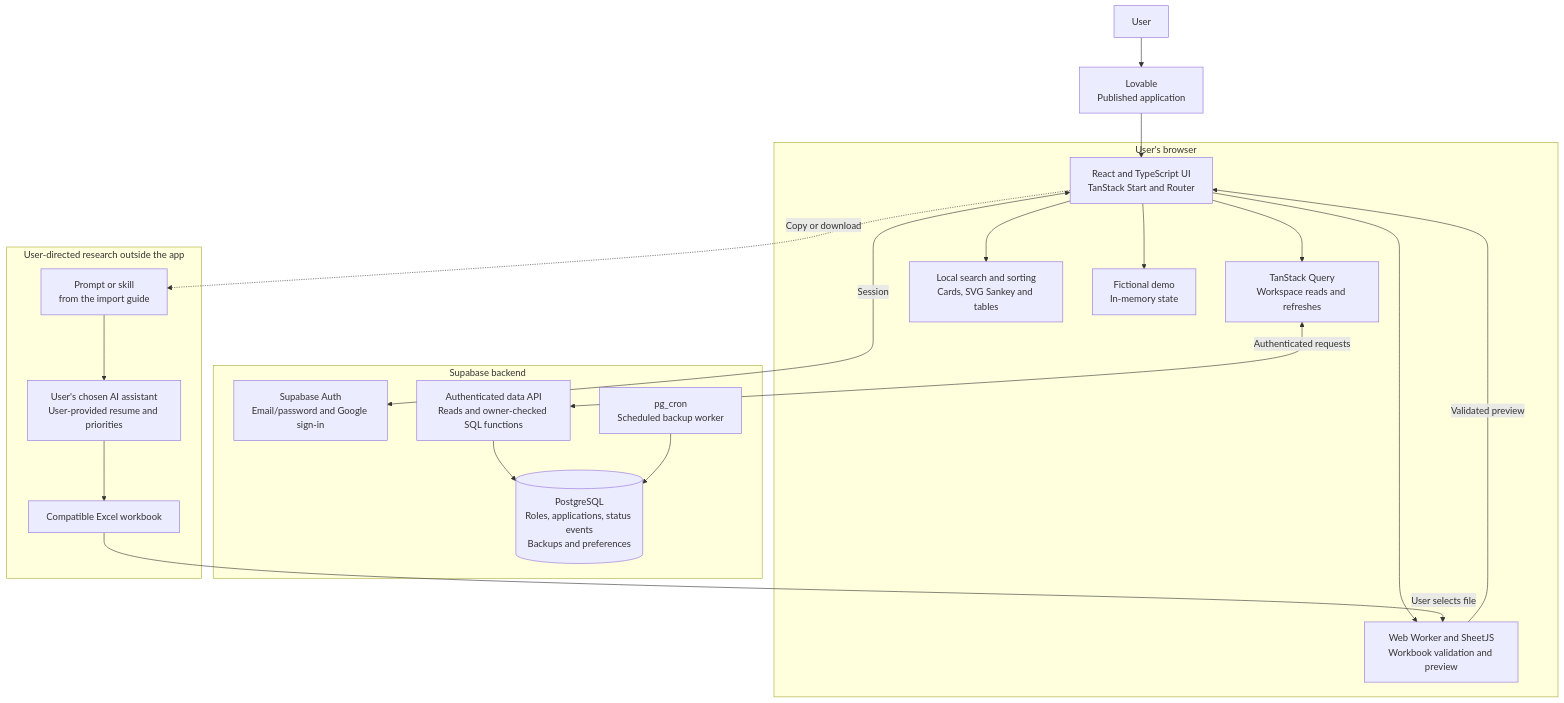
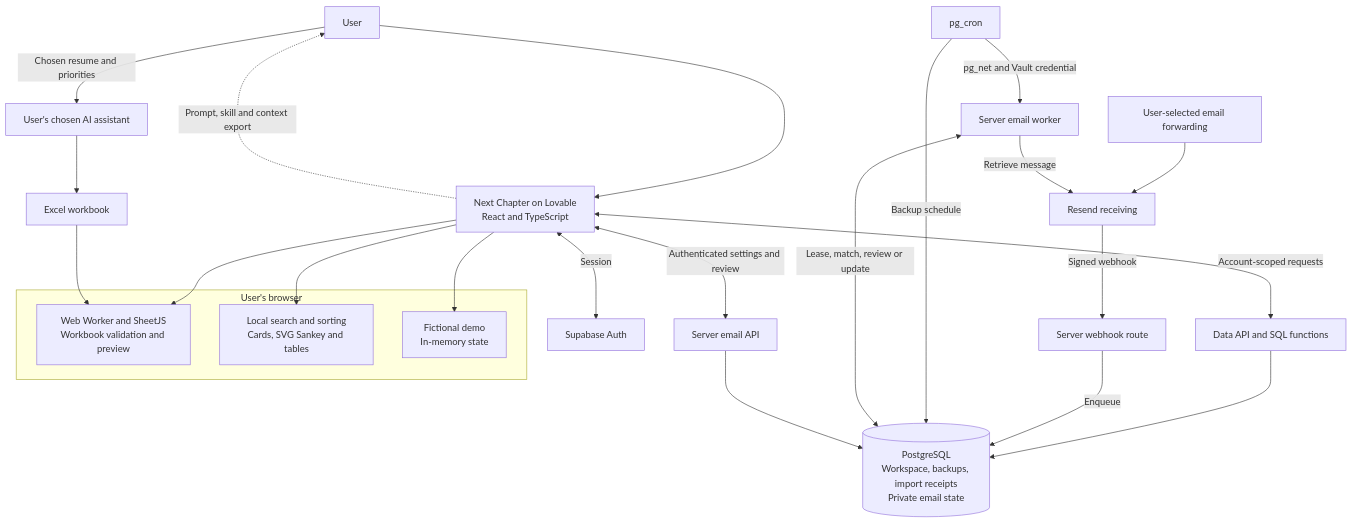
Before and after one commit to Built-by-Khiz/next-chapter-showcase: the diagram in architecture.md, drawn with Mermaid. The commit also changed other lines of this file and 5 other files, not shown here.

Commit message:
Updated to reflect latest architecture and fixes

````diff
--- a/architecture.md
+++ b/architecture.md
@@ -9,40 +9,32 @@
 ```mermaid
 flowchart TB
-    User["User"] --> Hosting["Lovable<br/>Published application"]
-    Hosting --> UI
+    User["User"] --> UI["Next Chapter on Lovable<br/>React and TypeScript"]
 
     subgraph Browser["User's browser"]
-        UI["React and TypeScript UI<br/>TanStack Start and Router"]
-        Query["TanStack Query<br/>Workspace reads and refreshes"]
-        Worker["Web Worker and SheetJS<br/>Workbook validation and preview"]
+        Preview["Web Worker and SheetJS<br/>Workbook validation and preview"]
         Views["Local search and sorting<br/>Cards, SVG Sankey and tables"]
         Demo["Fictional demo<br/>In-memory state"]
-        UI --> Query
-        UI --> Worker
-        UI --> Views
-        UI --> Demo
     end
 
-    subgraph Backend["Supabase backend"]
-        Auth["Supabase Auth<br/>Email/password and Google sign-in"]
-        API["Authenticated data API<br/>Reads and owner-checked SQL functions"]
-        DB[("PostgreSQL<br/>Roles, applications, status events<br/>Backups and preferences")]
-        Cron["pg_cron<br/>Scheduled backup worker"]
-        API --> DB
-        Cron --> DB
-    end
+    UI --> Preview
+    UI --> Views
+    UI --> Demo
+    UI <-->|"Session"| Auth["Supabase Auth"]
+    UI <-->|"Account-scoped requests"| API["Data API and SQL functions"]
+    API --> DB[("PostgreSQL<br/>Workspace, backups, import receipts<br/>Private email state")]
 
-    UI <-->|"Session"| Auth
-    Query <-->|"Authenticated requests"| API
-    Worker -->|"Validated preview"| UI
+    AI["User's chosen AI assistant"] --> File["Excel workbook"]
+    User -->|"Chosen resume and priorities"| AI
+    UI -.->|"Prompt, skill and context export"| User
+    File --> Preview
 
-    subgraph Research["User-directed research outside the app"]
-        Guide["Prompt or skill<br/>from the import guide"]
-        AI["User's chosen AI assistant<br/>User-provided resume and priorities"]
-        File["Compatible Excel workbook"]
-        Guide --> AI --> File
-    end
-
-    UI -.->|"Copy or download"| Guide
-    File -->|"User selects file"| Worker
+    Mail["User-selected email forwarding"] --> Resend["Resend receiving"]
+    Resend -->|"Signed webhook"| Receiver["Server webhook route"]
+    Receiver -->|"Enqueue"| DB
+    Cron["pg_cron"] -->|"Backup schedule"| DB
+    Cron -->|"pg_net and Vault credential"| Worker["Server email worker"]
+    Worker -->|"Retrieve message"| Resend
+    Worker <-->|"Lease, match, review or update"| DB
+    UI <-->|"Authenticated settings and review"| EmailAPI["Server email API"]
+    EmailAPI --> DB
 ```
````
